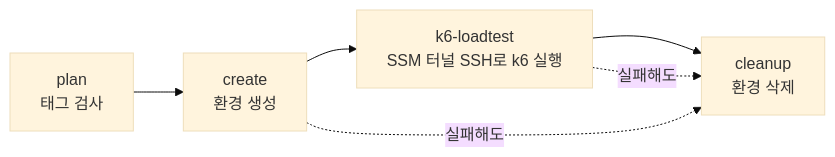
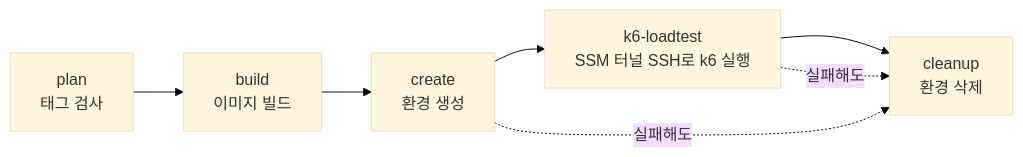
The first of 2 diagrams in Infra/loadtest/README.md (woowacourse-teams/2026-bibbidi), drawn with Mermaid (base theme) before and after one commit. The commit also changed other lines of this file and 1 other file, not shown here.

````diff
--- a/Infra/loadtest/README.md
+++ b/Infra/loadtest/README.md
@@ -24,8 +24,8 @@
 ```mermaid
 flowchart LR
-    Plan["plan<br/>태그 검사"] --> Create["create<br/>환경 생성"]
+    Plan["plan<br/>태그 검사"] --> Build["build<br/>이미지 빌드"] --> Create["create<br/>환경 생성"]
     Create --> K6["k6-loadtest<br/>SSM 터널 SSH로 k6 실행"]
     K6 --> Cleanup["cleanup<br/>환경 삭제"]
     Create -.->|실패해도| Cleanup
     K6 -.->|실패해도| Cleanup
 ```
````
